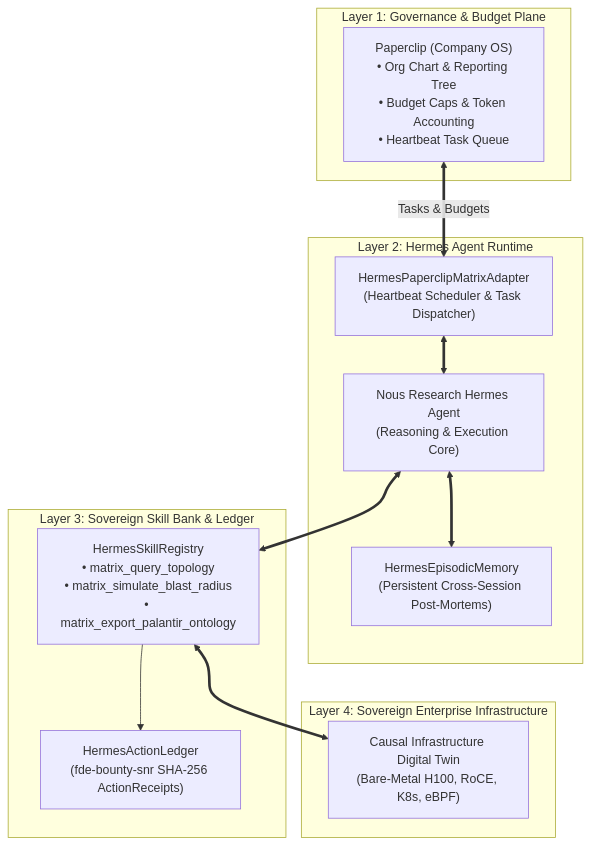
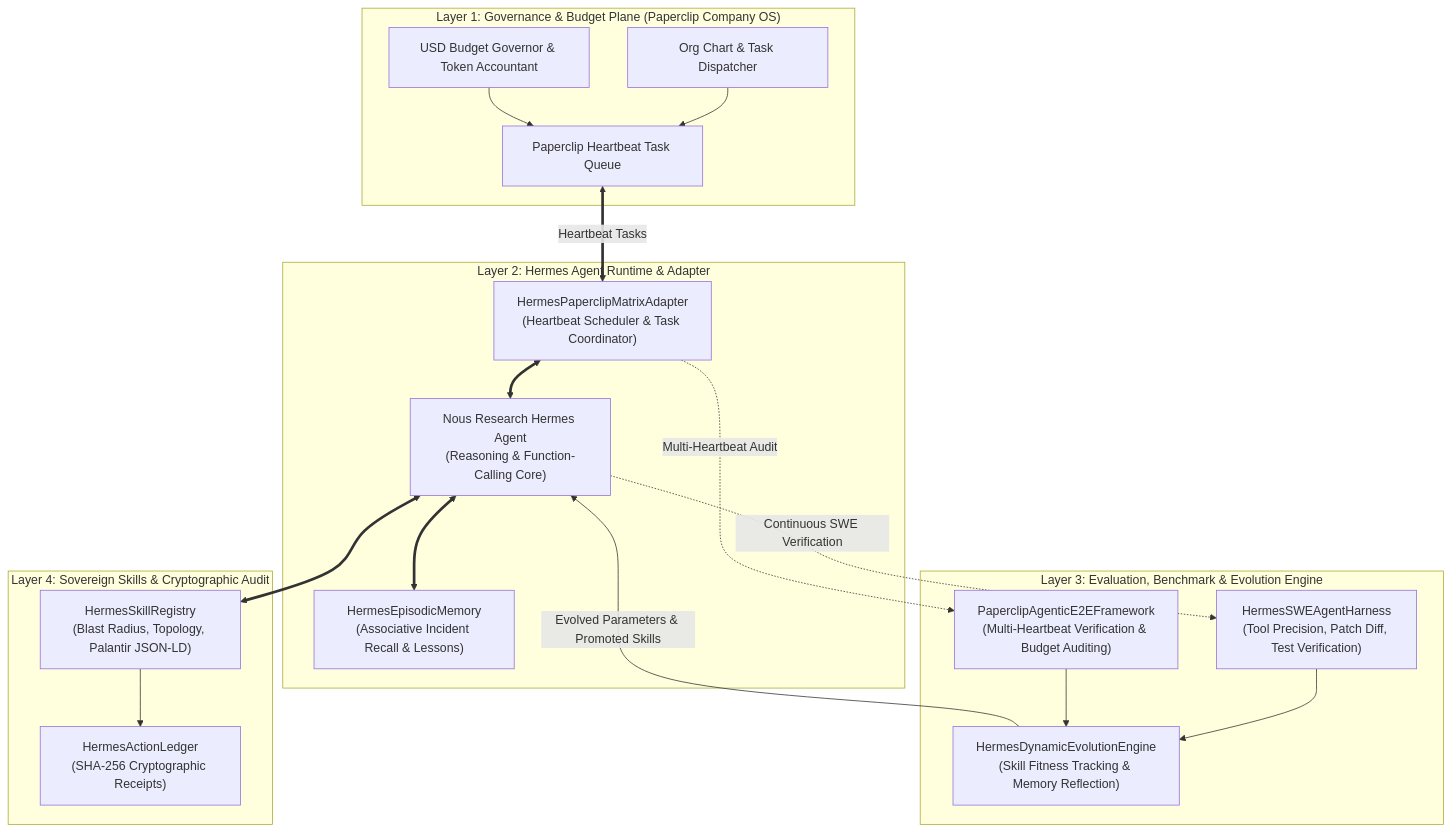
The first of 4 diagrams in README.md (AAH20/hermes-matrix-adapter), drawn with Mermaid before and after one commit. The commit also changed other lines of this file and 9 other files, not shown here.

Commit message:
feat(eval): integrate SWE agent evaluation harness, Paperclip E2E testing framework, and dynamic evolution engine

````diff
--- a/README.md
+++ b/README.md
@@ -35,29 +45,37 @@
 ```mermaid
 flowchart TD
-    subgraph Management_Plane ["Layer 1: Governance & Budget Plane"]
-        PC["Paperclip (Company OS)<br/>• Org Chart & Reporting Tree<br/>• Budget Caps & Token Accounting<br/>• Heartbeat Task Queue"]
+    subgraph Layer1 ["Layer 1: Governance & Budget Plane (Paperclip Company OS)"]
+        ORG["Org Chart & Task Dispatcher"]
+        BUDGET["USD Budget Governor & Token Accountant"]
+        QUEUE["Paperclip Heartbeat Task Queue"]
     end
 
-    subgraph Hermes_Runtime ["Layer 2: Hermes Agent Runtime"]
-        ADAPTER["HermesPaperclipMatrixAdapter<br/>(Heartbeat Scheduler & Task Dispatcher)"]
-        HERMES_CORE["Nous Research Hermes Agent<br/>(Reasoning & Execution Core)"]
-        EPISODIC["HermesEpisodicMemory<br/>(Persistent Cross-Session Post-Mortems)"]
+    subgraph Layer2 ["Layer 2: Hermes Agent Runtime & Adapter"]
+        ADAPTER["HermesPaperclipMatrixAdapter<br/>(Heartbeat Scheduler & Task Coordinator)"]
+        HERMES["Nous Research Hermes Agent<br/>(Reasoning & Function-Calling Core)"]
+        MEMORY["HermesEpisodicMemory<br/>(Associative Incident Recall & Lessons)"]
     end
 
-    subgraph Matrix_Skills ["Layer 3: Sovereign Skill Bank & Ledger"]
-        SKILLS["HermesSkillRegistry<br/>• matrix_query_topology<br/>• matrix_simulate_blast_radius<br/>• matrix_export_palantir_ontology"]
-        LEDGER["HermesActionLedger<br/>(fde-bounty-snr SHA-256 ActionReceipts)"]
+    subgraph Layer3 ["Layer 3: Evaluation, Benchmark & Evolution Engine"]
+        SWE["HermesSWEAgentHarness<br/>(Tool Precision, Patch Diff, Test Verification)"]
+        E2E["PaperclipAgenticE2EFramework<br/>(Multi-Heartbeat Verification & Budget Auditing)"]
+        EVO["HermesDynamicEvolutionEngine<br/>(Skill Fitness Tracking & Memory Reflection)"]
     end
 
-    subgraph Physical_Virtual ["Layer 4: Sovereign Enterprise Infrastructure"]
-        DIGITAL_TWIN["Causal Infrastructure Digital Twin<br/>(Bare-Metal H100, RoCE, K8s, eBPF)"]
+    subgraph Layer4 ["Layer 4: Sovereign Skills & Cryptographic Audit"]
+        SKILLS["HermesSkillRegistry<br/>(Blast Radius, Topology, Palantir JSON-LD)"]
+        LEDGER["HermesActionLedger<br/>(SHA-256 Cryptographic Receipts)"]
     end
 
-    PC <== "Tasks & Budgets" ==> ADAPTER
-    ADAPTER <==> HERMES_CORE
-    HERMES_CORE <==> EPISODIC
-    HERMES_CORE <==> SKILLS
+    ORG & BUDGET --> QUEUE
+    QUEUE <== "Heartbeat Tasks" ==> ADAPTER
+    ADAPTER <==> HERMES
+    HERMES <==> MEMORY
+    HERMES <==> SKILLS
+    SKILLS --> LEDGER
 
-    SKILLS <==> DIGITAL_TWIN
-    SKILLS --> LEDGER
+    HERMES -. "Continuous SWE Verification" .-> SWE
+    ADAPTER -. "Multi-Heartbeat Audit" .-> E2E
+    SWE & E2E --> EVO
+    EVO -- "Evolved Parameters & Promoted Skills" --> HERMES
 ```
````
